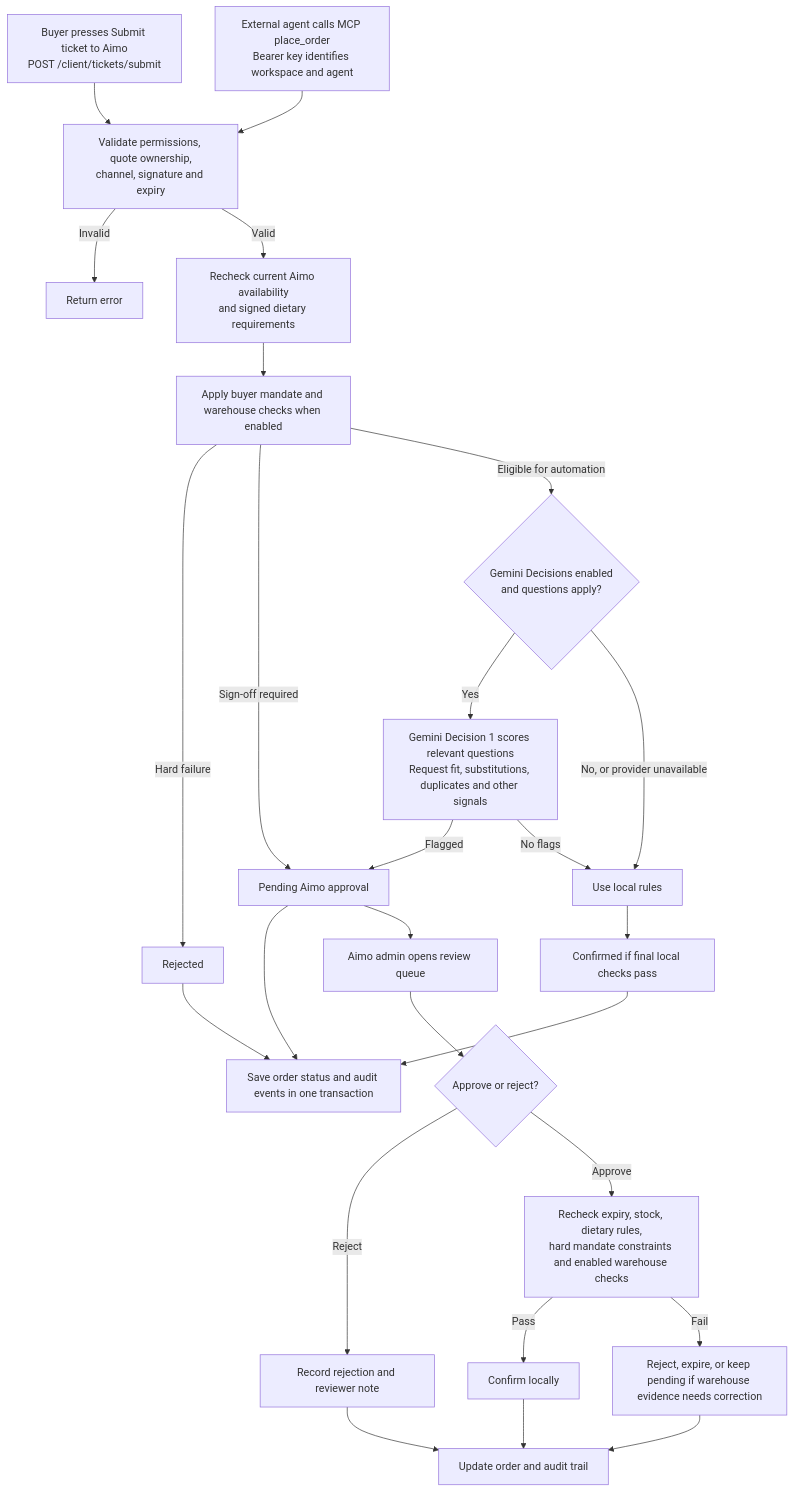
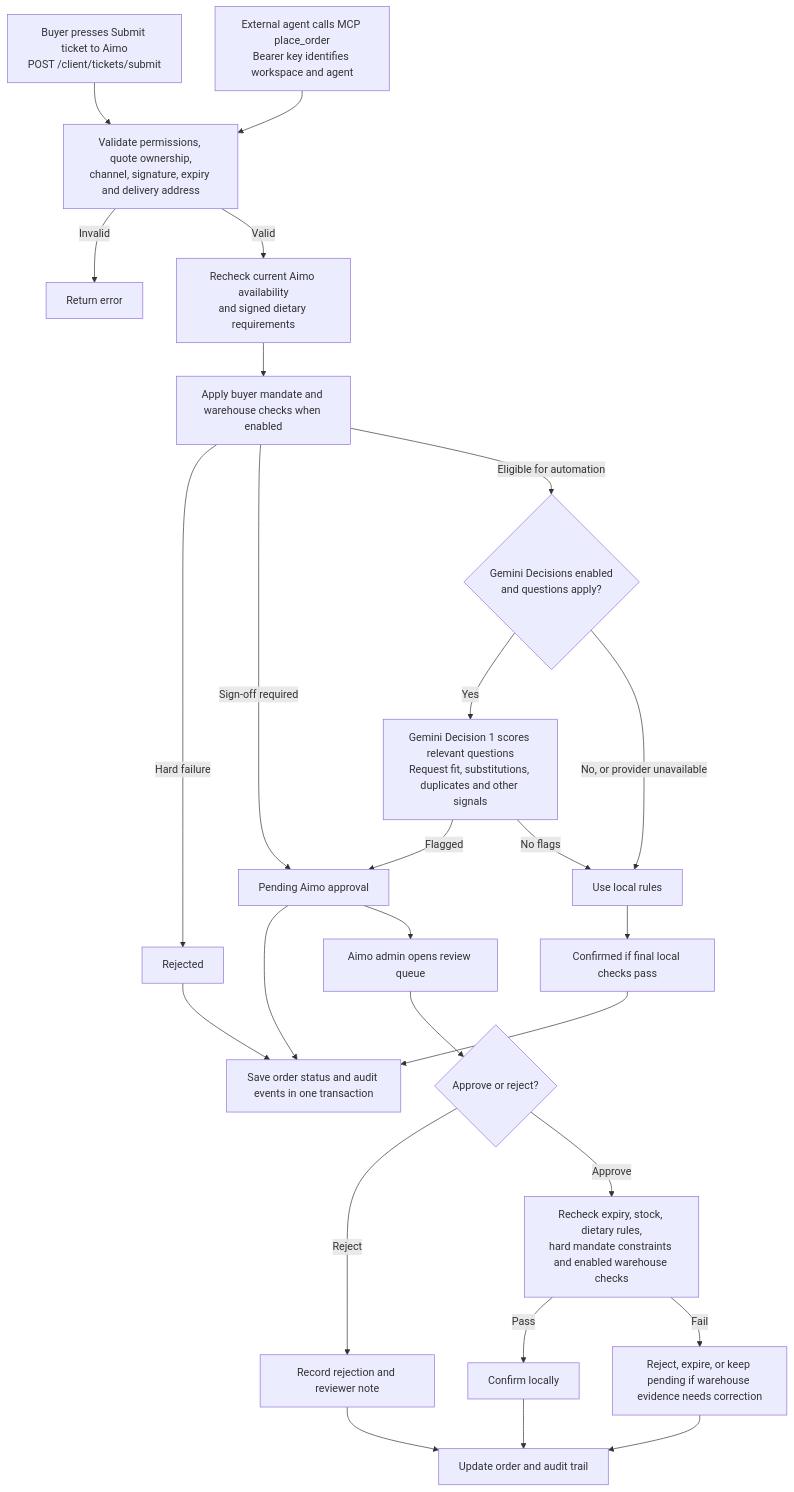
One commit to shaxhub/jnctn26 changed the diagram in docs/backend-pipeline/order-approval.md. Above: the diagram before and after it, drawn with Mermaid. The commit also changed 13 other files, not shown here.

````diff
--- a/docs/backend-pipeline/order-approval.md
+++ b/docs/backend-pipeline/order-approval.md
@@ -3,29 +3,29 @@
 ```mermaid
 flowchart TD
     A["Buyer presses Submit ticket to Aimo<br/>POST /client/tickets/submit"] --> C
     B["External agent calls MCP place_order<br/>Bearer key identifies workspace and agent"] --> C
-    C["Validate permissions, quote ownership,<br/>channel, signature and expiry"]
+    C["Validate permissions, quote ownership,<br/>channel, signature, expiry and delivery address"]
     C -->|Invalid| D["Return error"]
     C -->|Valid| E["Recheck current Aimo availability<br/>and signed dietary requirements"]
     E --> F["Apply buyer mandate and warehouse checks when enabled"]
     F -->|Hard failure| R["Rejected"]
     F -->|Sign-off required| H["Pending Aimo approval"]
     F -->|Eligible for automation| G{"Gemini Decisions enabled<br/>and questions apply?"}
     G -->|Yes| I["Gemini Decision 1 scores relevant questions<br/>Request fit, substitutions, duplicates and other signals"]
     G -->|No, or provider unavailable| J["Use local rules"]
     I -->|Flagged| H
     I -->|No flags| J
     J --> K["Confirmed if final local checks pass"]
     R --> L["Save order status and audit events in one transaction"]
     H --> L
     K --> L
     H --> M["Aimo admin opens review queue"]
     M --> N{"Approve or reject?"}
     N -->|Reject| O["Record rejection and reviewer note"]
     N -->|Approve| P["Recheck expiry, stock, dietary rules,<br/>hard mandate constraints and enabled warehouse checks"]
     P -->|Pass| Q["Confirm locally"]
     P -->|Fail| S["Reject, expire, or keep pending if warehouse evidence needs correction"]
     O --> T["Update order and audit trail"]
     Q --> T
     S --> T
 ```
````
